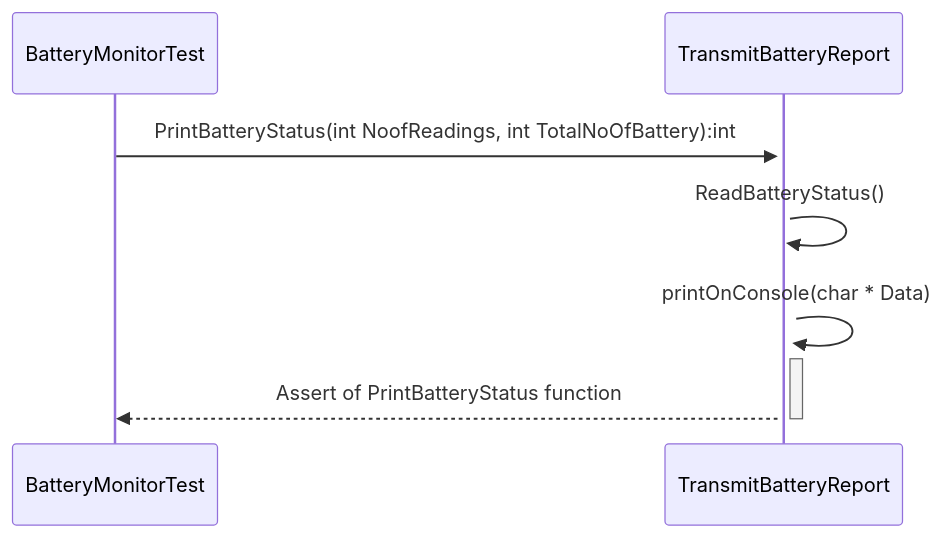
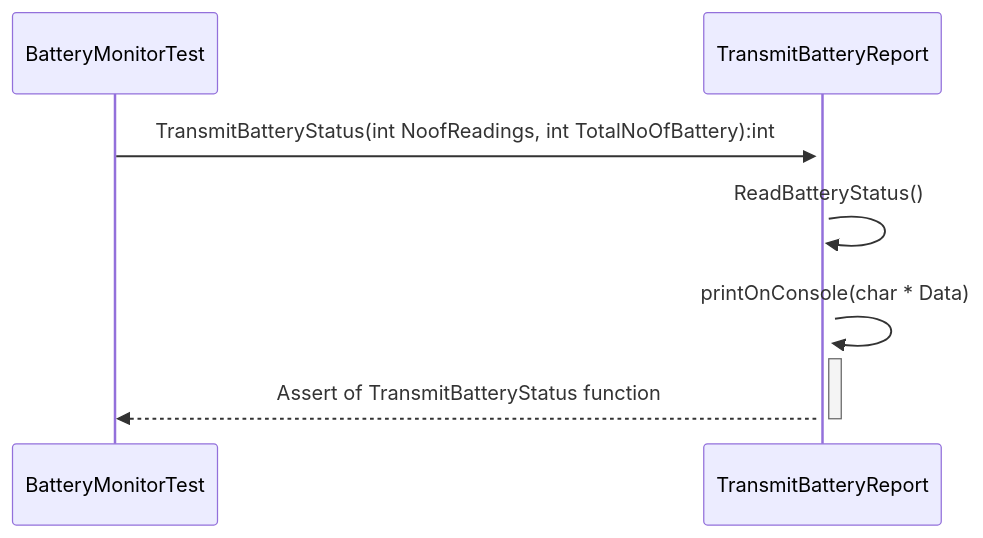
One commit to clean-code-craft-tcq-2/stream-line-PavithranSaminathan changed the second of 2 diagrams in README.md. Above: the diagram before and after it, drawn with Mermaid.

````diff
--- a/README.md
+++ b/README.md
@@ -84,7 +84,7 @@
  ```mermaid
 sequenceDiagram
-    BatteryMonitorTest->>+TransmitBatteryReport: PrintBatteryStatus(int NoofReadings, int TotalNoOfBattery):int
+    BatteryMonitorTest->>+TransmitBatteryReport: TransmitBatteryStatus(int NoofReadings, int TotalNoOfBattery):int
     TransmitBatteryReport->>+TransmitBatteryReport: ReadBatteryStatus()
     TransmitBatteryReport->>+TransmitBatteryReport: printOnConsole(char * Data)
-    TransmitBatteryReport-->>-BatteryMonitorTest:Assert of PrintBatteryStatus function
+    TransmitBatteryReport-->>-BatteryMonitorTest:Assert of TransmitBatteryStatus function
 ```
````
